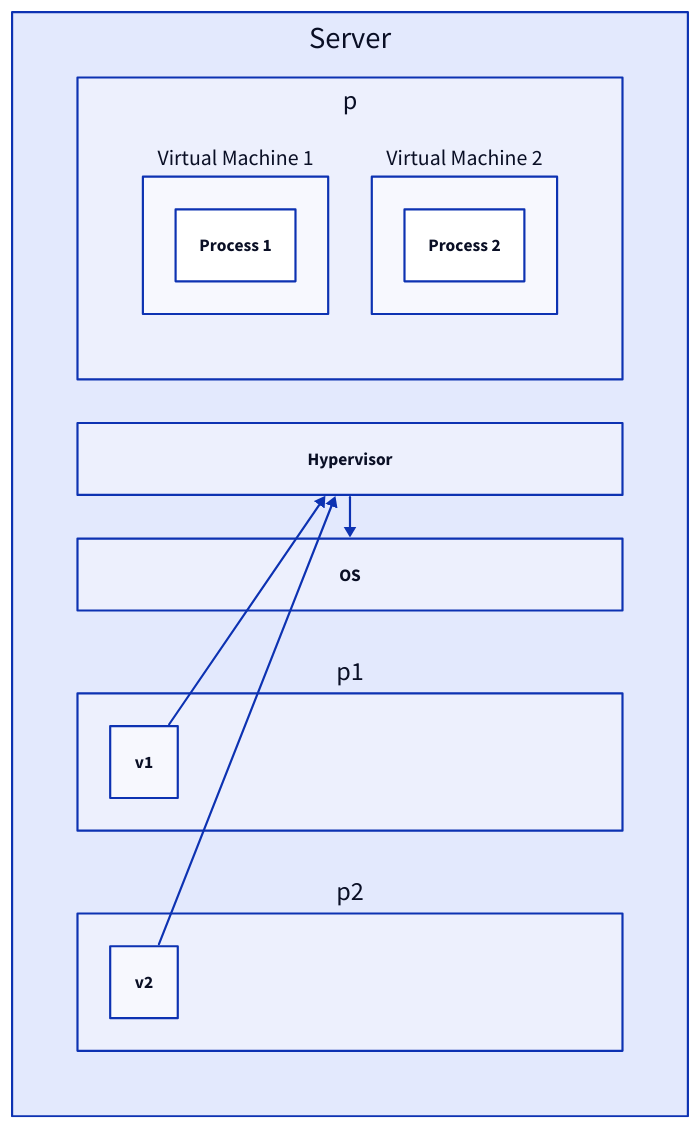
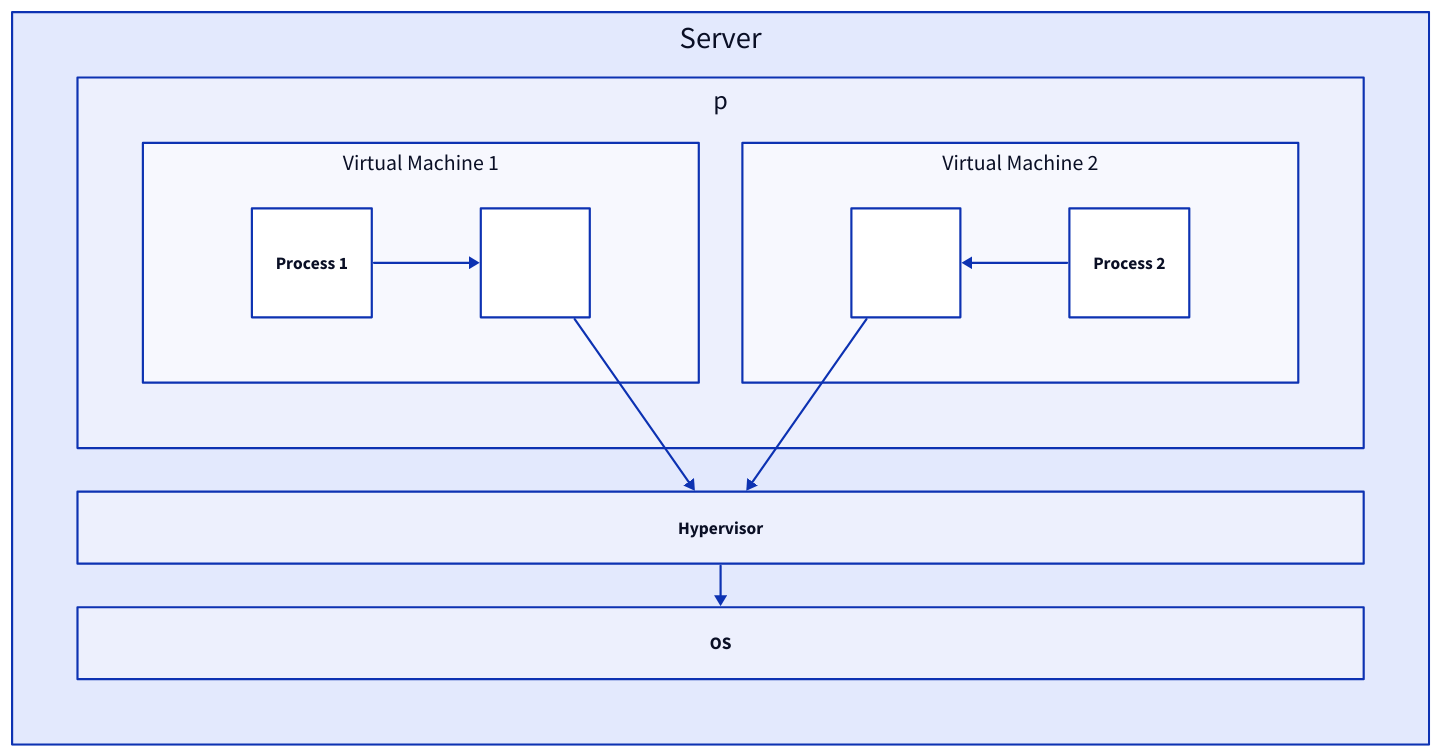
One commit to link1905/system-design-101 changed the third of 5 diagrams in content/docs/system-administration/system-deployment/_index.md. Above: the diagram before and after it, drawn with D2. The commit also changed other lines of this file and 21 other files, not shown here.

````diff
--- a/content/docs/system-administration/system-deployment/_index.md
+++ b/content/docs/system-administration/system-deployment/_index.md
@@ -101,28 +109,40 @@
 ```d2
 m: Server {
   grid-columns: 1
   p {
     class: none
     grid-rows: 1
     v1: Virtual Machine 1 {
+      grid-rows: 1
+      horizontal-gap: 100
       p1: Process 1 {
         class: process
       }
+      o: "" {
+        class: os
+      }
+      p1 -> o
     }
     v2: Virtual Machine 2 {
+      grid-rows: 1
+      horizontal-gap: 100
+      o: "" {
+        class: os
+      }
       p2: Process 2 {
         class: process
       }
+      p2 -> o
     }
   }
   h: Hypervisor {
     class: process
   }
   o: OS {
     class: os
   }
-  p1.v1 -> h
-  p2.v2 -> h
+  p.v1.o -> h
+  p.v2.o -> h
   h -> o
 }
 ```
````
